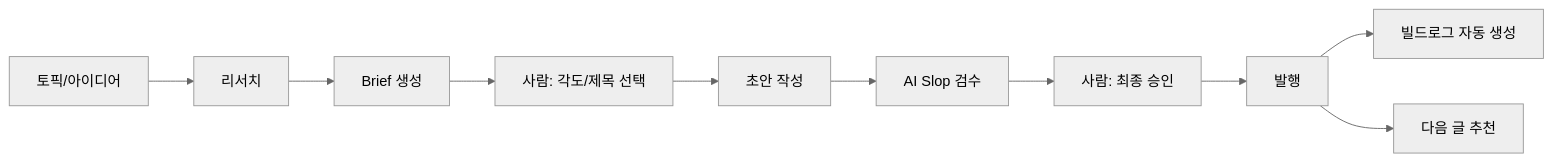
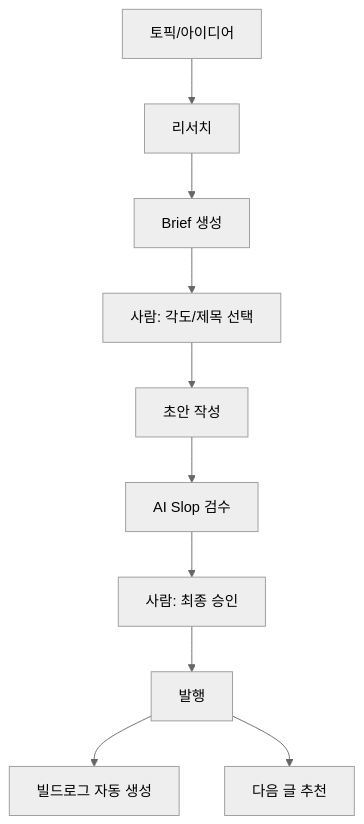
Before and after one commit to bborok1234/mirlim.blog: the first of 2 diagrams in src/content/blog/content-pipeline-build-log.md, drawn with Mermaid (neutral theme). The commit also changed 4 other files, not shown here.

First line of the commit message:
style: mermaid 다이어그램 전면 개선

````diff
--- a/src/content/blog/content-pipeline-build-log.md
+++ b/src/content/blog/content-pipeline-build-log.md
@@ -48,12 +48,12 @@
 ```mermaid
-graph LR
-  A[토픽/아이디어] --> B[리서치]
-  B --> C[Brief 생성]
+graph TD
+  A["토픽/아이디어"] --> B["리서치"]
+  B --> C["Brief 생성"]
   C --> D["사람: 각도/제목 선택"]
-  D --> E[초안 작성]
-  E --> F[AI Slop 검수]
+  D --> E["초안 작성"]
+  E --> F["AI Slop 검수"]
   F --> G["사람: 최종 승인"]
-  G --> H[발행]
-  H --> I[빌드로그 자동 생성]
-  H --> J[다음 글 추천]
+  G --> H["발행"]
+  H --> I["빌드로그 자동 생성"]
+  H --> J["다음 글 추천"]
 ```
````
